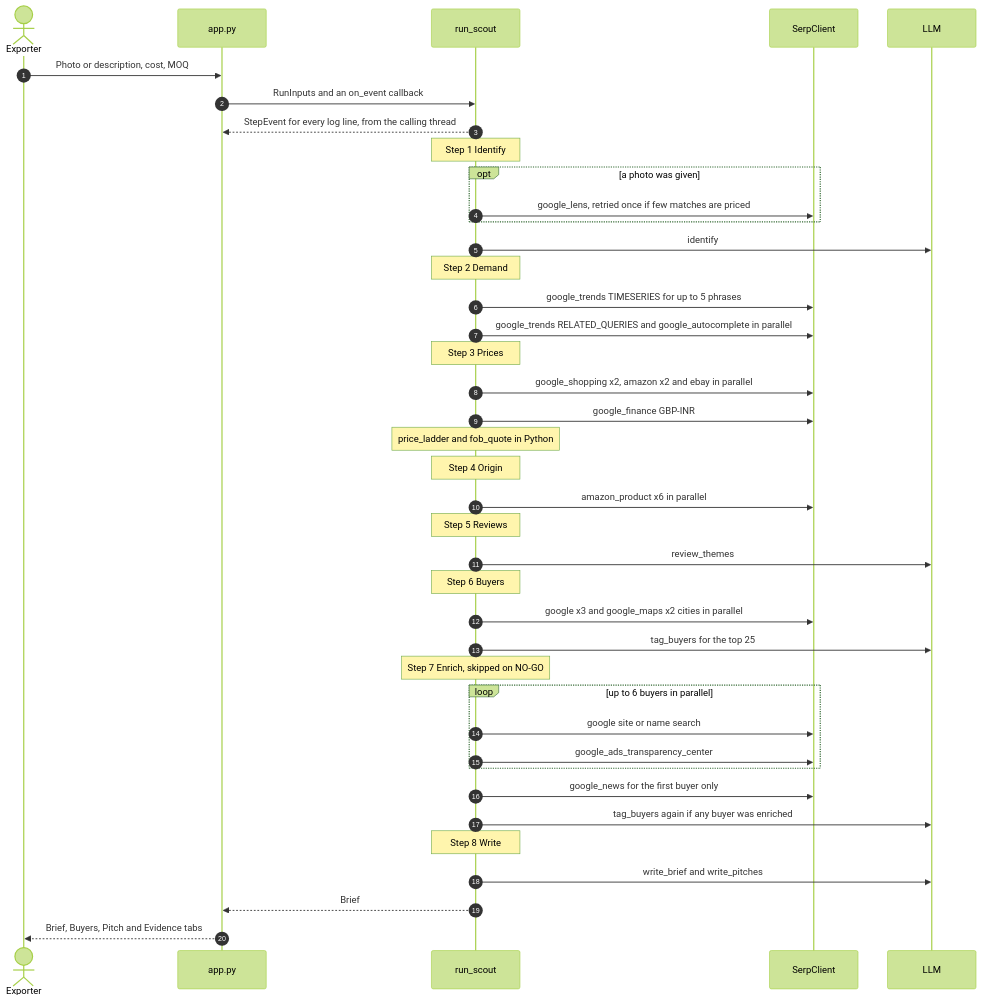
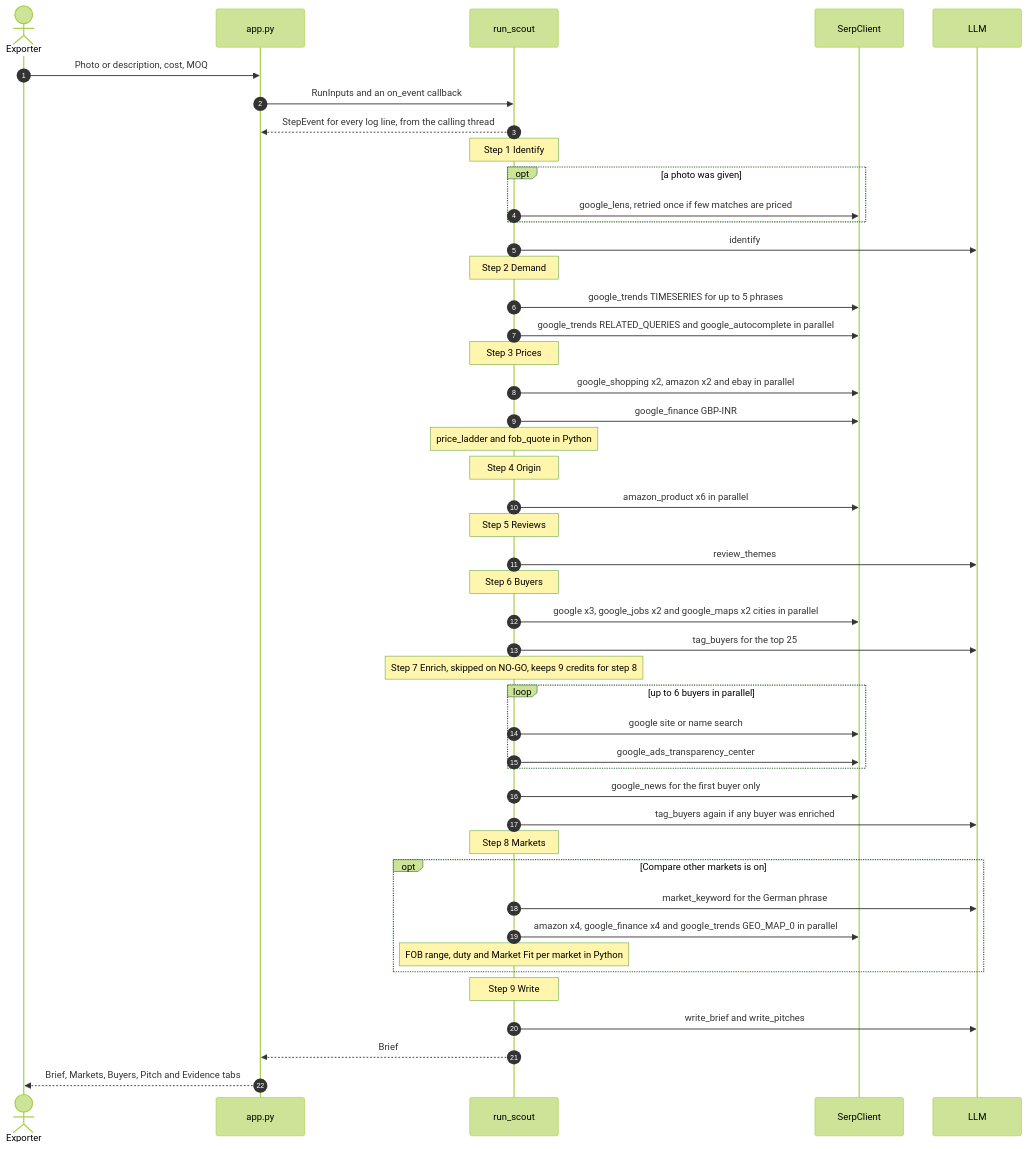
The second of 7 diagrams in docs/ARCHITECTURE.md (bhuvanesh15/ExportScout), drawn with Mermaid (forest theme) before and after one commit. The commit also changed other lines of this file and 62 other files, not shown here.

````diff
--- a/docs/ARCHITECTURE.md
+++ b/docs/ARCHITECTURE.md
@@ -115,42 +117,48 @@
 ```mermaid
 sequenceDiagram
   autonumber
   actor U as Exporter
   participant A as app.py
   participant O as run_scout
   participant S as SerpClient
   participant L as LLM
   U->>A: Photo or description, cost, MOQ
   A->>O: RunInputs and an on_event callback
   O-->>A: StepEvent for every log line, from the calling thread
   Note over O: Step 1 Identify
   opt a photo was given
     O->>S: google_lens, retried once if few matches are priced
   end
   O->>L: identify
   Note over O: Step 2 Demand
   O->>S: google_trends TIMESERIES for up to 5 phrases
   O->>S: google_trends RELATED_QUERIES and google_autocomplete in parallel
   Note over O: Step 3 Prices
   O->>S: google_shopping x2, amazon x2 and ebay in parallel
   O->>S: google_finance GBP-INR
   Note over O: price_ladder and fob_quote in Python
   Note over O: Step 4 Origin
   O->>S: amazon_product x6 in parallel
   Note over O: Step 5 Reviews
   O->>L: review_themes
   Note over O: Step 6 Buyers
-  O->>S: google x3 and google_maps x2 cities in parallel
+  O->>S: google x3, google_jobs x2 and google_maps x2 cities in parallel
   O->>L: tag_buyers for the top 25
-  Note over O: Step 7 Enrich, skipped on NO-GO
+  Note over O: Step 7 Enrich, skipped on NO-GO, keeps 9 credits for step 8
   loop up to 6 buyers in parallel
     O->>S: google site or name search
     O->>S: google_ads_transparency_center
   end
   O->>S: google_news for the first buyer only
   O->>L: tag_buyers again if any buyer was enriched
-  Note over O: Step 8 Write
+  Note over O: Step 8 Markets
+  opt Compare other markets is on
+    O->>L: market_keyword for the German phrase
+    O->>S: amazon x4, google_finance x4 and google_trends GEO_MAP_0 in parallel
+    Note over O: FOB range, duty and Market Fit per market in Python
+  end
+  Note over O: Step 9 Write
   O->>L: write_brief and write_pitches
   O-->>A: Brief
-  A-->>U: Brief, Buyers, Pitch and Evidence tabs
+  A-->>U: Brief, Markets, Buyers, Pitch and Evidence tabs
 ```
````
